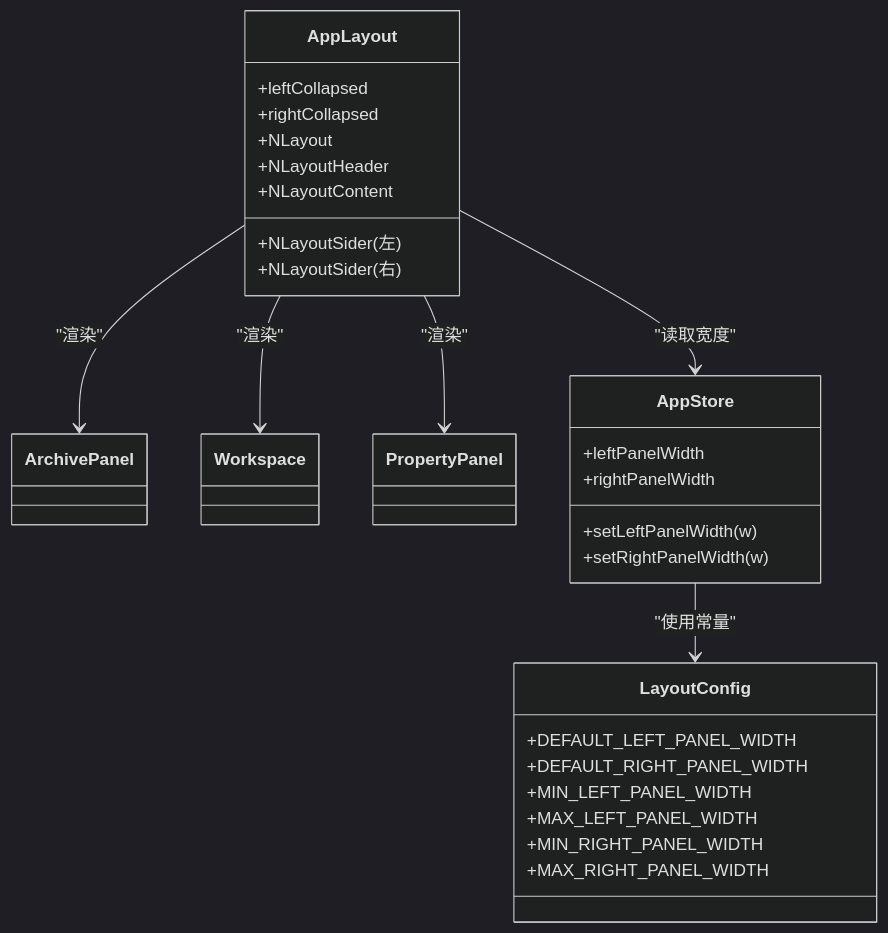
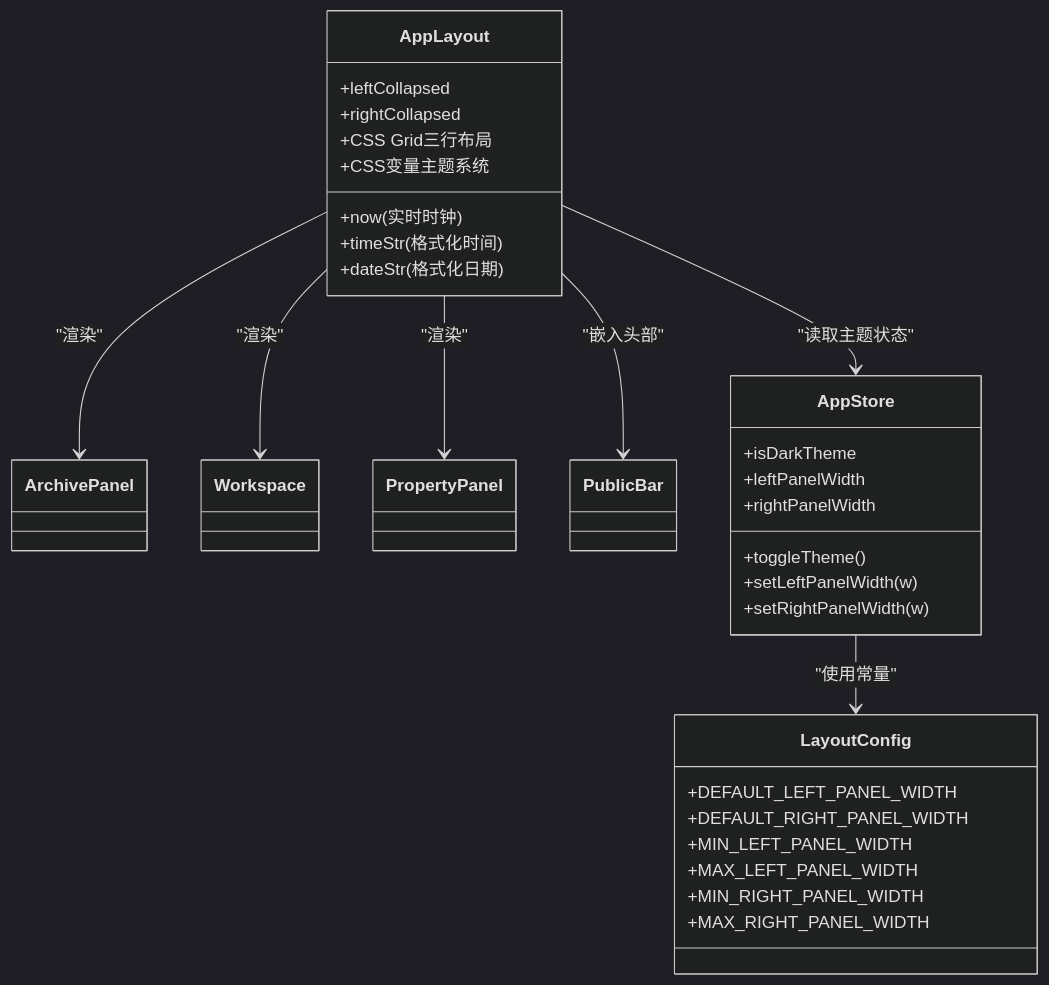
The second of 5 diagrams in .qoder/repowiki/zh/content/用户界面/布局系统.md (taoweidong/Hello-Tauri), drawn with Mermaid (dark theme) before and after one commit. The commit also changed other lines of this file and 14 other files, not shown here.

````diff
--- a/.qoder/repowiki/zh/content/用户界面/布局系统.md
+++ b/.qoder/repowiki/zh/content/用户界面/布局系统.md
@@ -100,34 +114,38 @@
 ```mermaid
 classDiagram
 class AppLayout {
 +leftCollapsed
 +rightCollapsed
-+NLayout
-+NLayoutHeader
-+NLayoutSider(左)
-+NLayoutContent
-+NLayoutSider(右)
++now (实时时钟)
++timeStr (格式化时间)
++dateStr (格式化日期)
++CSS Grid三行布局
++CSS变量主题系统
 }
 class ArchivePanel
 class Workspace
 class PropertyPanel
+class PublicBar
 class AppStore {
++isDarkTheme
 +leftPanelWidth
 +rightPanelWidth
++toggleTheme()
 +setLeftPanelWidth(w)
 +setRightPanelWidth(w)
 }
 class LayoutConfig {
 +DEFAULT_LEFT_PANEL_WIDTH
 +DEFAULT_RIGHT_PANEL_WIDTH
 +MIN_LEFT_PANEL_WIDTH
 +MAX_LEFT_PANEL_WIDTH
 +MIN_RIGHT_PANEL_WIDTH
 +MAX_RIGHT_PANEL_WIDTH
 }
 AppLayout --> ArchivePanel : "渲染"
 AppLayout --> Workspace : "渲染"
 AppLayout --> PropertyPanel : "渲染"
-AppLayout --> AppStore : "读取宽度"
+AppLayout --> PublicBar : "嵌入头部"
+AppLayout --> AppStore : "读取主题状态"
 AppStore --> LayoutConfig : "使用常量"
 ```
````
